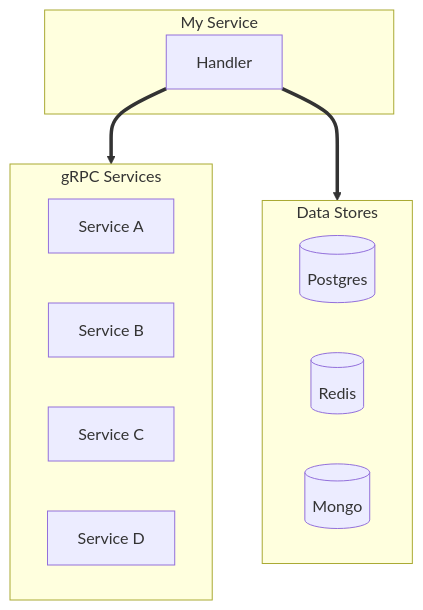
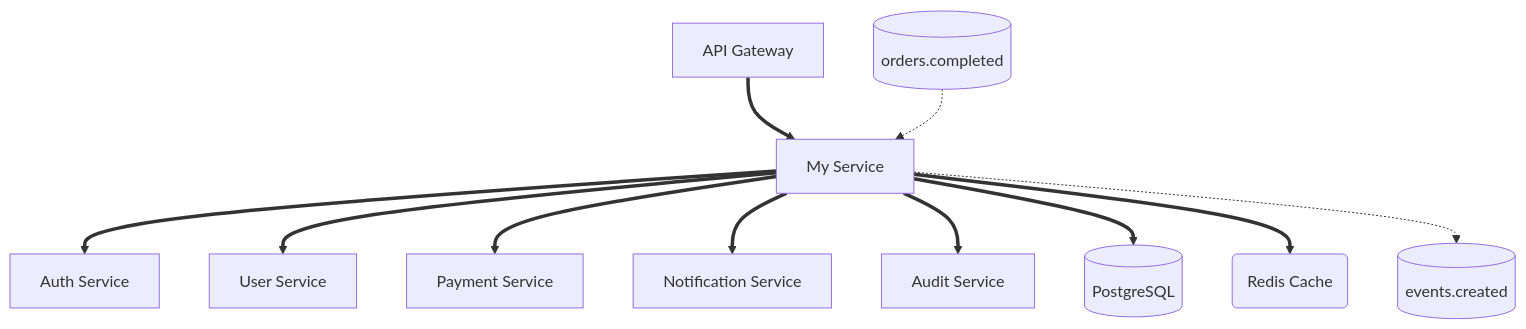
The third of 3 diagrams in prompts/phase2-generation.md (selimabeniacar/gemini-skills), drawn with Mermaid before and after one commit. The commit also changed other lines of this file and 4 other files, not shown here.

````diff
--- a/prompts/phase2-generation.md
+++ b/prompts/phase2-generation.md
@@ -225,24 +242,16 @@
 ```mermaid
 flowchart TD
-    subgraph target ["My Service"]
-        T1[Handler]
-    end
+    E[API Gateway] ==> T[My Service]
 
-    subgraph grpc-deps ["gRPC Services"]
-        direction LR
-        D1[Service A]
-        D2[Service B]
-        D3[Service C]
-        D4[Service D]
-    end
+    T ==> D1[Auth Service]
+    T ==> D2[User Service]
+    T ==> D3[Payment Service]
+    T ==> D4[Notification Service]
+    T ==> D5[Audit Service]
 
-    subgraph data-deps ["Data Stores"]
-        direction LR
-        DB1[(Postgres)]
-        DB2[(Redis)]
-        DB3[(Mongo)]
-    end
+    T ==> DB[(PostgreSQL)]
+    T ==> C1(Redis Cache)
 
-    T1 ==> grpc-deps
-    T1 ==> data-deps
+    T -.-> K1[(events.created)]
+    K2[(orders.completed)] -.-> T
 ```
````
